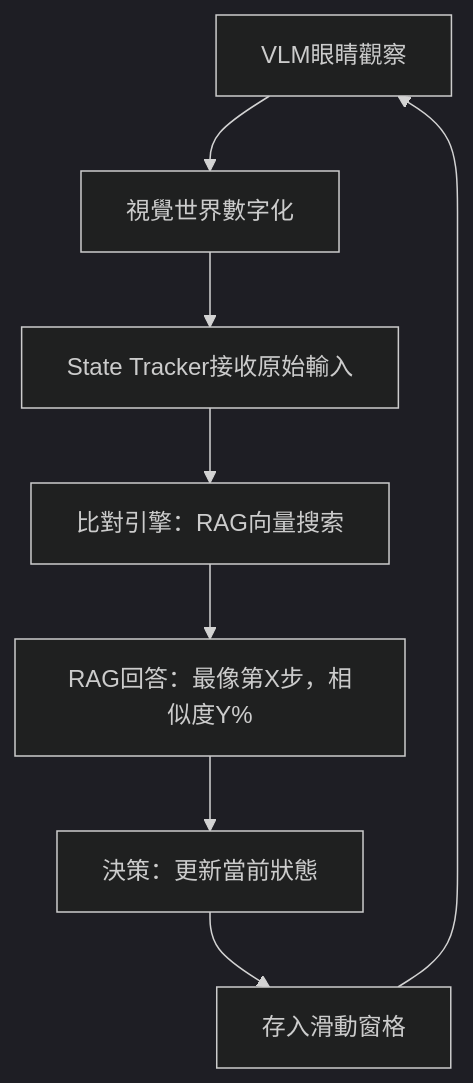
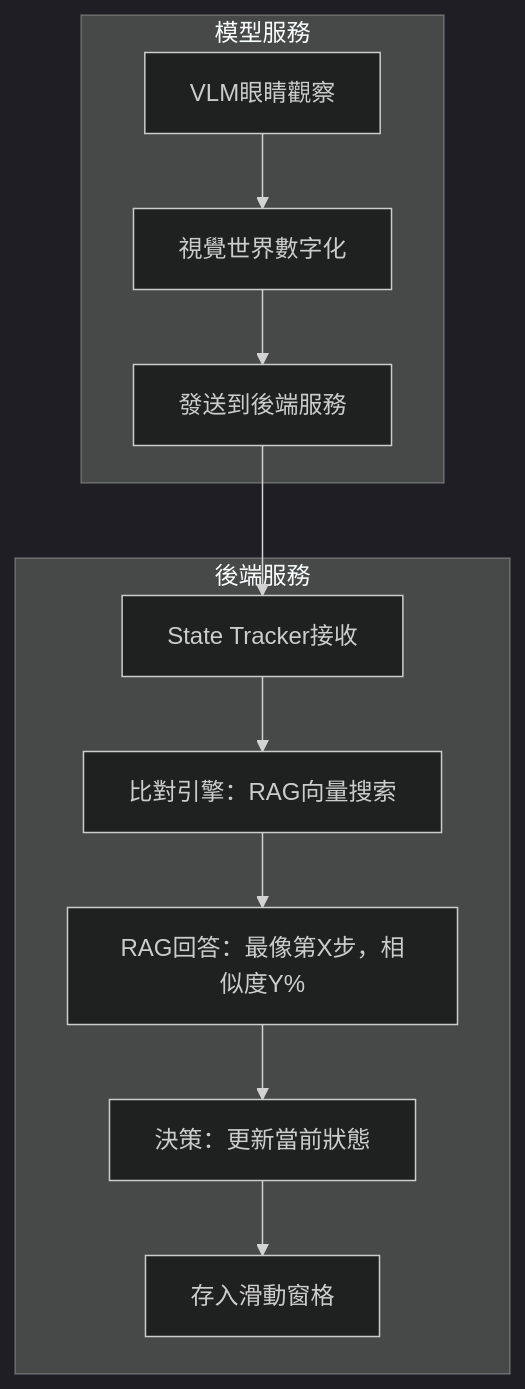
One commit to yitzuliu/DissertationDemo changed the first of 2 diagrams in .kiro/specs/memory-system/discussion-record.md. Above: the diagram before and after it, drawn with Mermaid (dark theme). The commit also changed other lines of this file and 4 other files, not shown here.

First line of the commit message:
feat: Add architecture overview and update implementation readiness documents

````diff
--- a/.kiro/specs/memory-system/discussion-record.md
+++ b/.kiro/specs/memory-system/discussion-record.md
@@ -23,10 +24,14 @@
 ```mermaid
 graph TB
-    A[VLM眼睛觀察] --> B[視覺世界數字化]
-    B --> C[State Tracker接收原始輸入]
-    C --> D[比對引擎：RAG向量搜索]
-    D --> E[RAG回答：最像第X步，相似度Y%]
-    E --> F[決策：更新當前狀態]
-    F --> G[存入滑動窗格]
-    G --> A
+    subgraph "模型服務"
+        A[VLM眼睛觀察] --> B[視覺世界數字化]
+        B --> C[發送到後端服務]
+    end
+    subgraph "後端服務"
+        C --> D[State Tracker接收]
+        D --> E[比對引擎：RAG向量搜索]
+        E --> F[RAG回答：最像第X步，相似度Y%]
+        F --> G[決策：更新當前狀態]
+        G --> H[存入滑動窗格]
+    end
 ```
````
